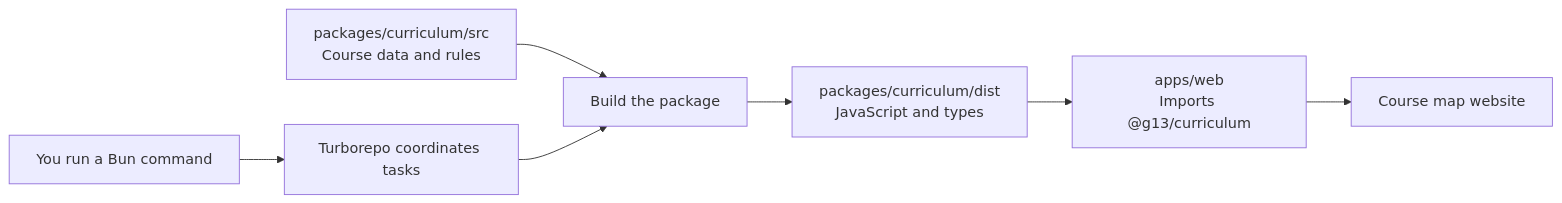
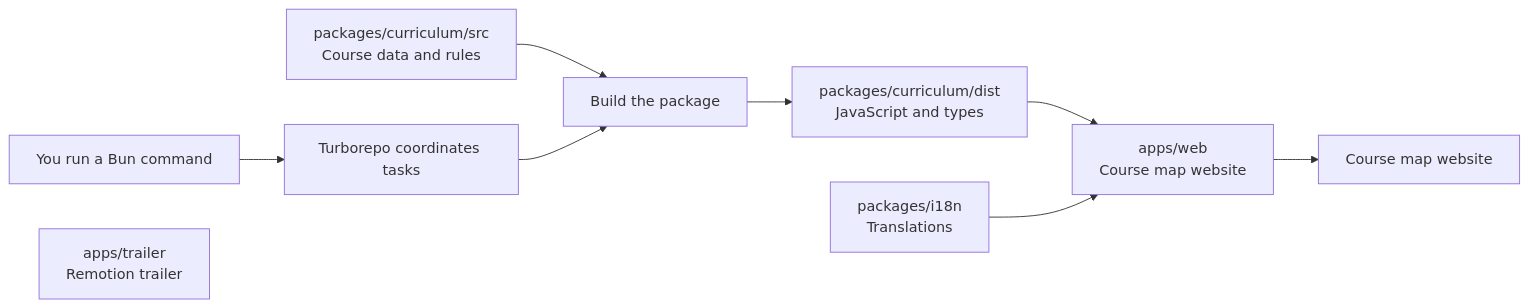
The diagram in README.md (Andhiki/g-13), drawn with Mermaid before and after one commit. The commit also changed other lines of this file and 3 other files, not shown here.

Commit message:
Improve archive navigation and roadmap recovery

````diff
--- a/README.md
+++ b/README.md
@@ -57,9 +57,11 @@
 ```mermaid
 flowchart LR
     command["You run a Bun command"] --> turbo["Turborepo coordinates tasks"]
     source["packages/curriculum/src<br/>Course data and rules"] --> build["Build the package"]
     turbo --> build
     build --> dist["packages/curriculum/dist<br/>JavaScript and types"]
-    dist --> app["apps/web<br/>Imports @g13/curriculum"]
+    dist --> app["apps/web<br/>Course map website"]
+    translations["packages/i18n<br/>Translations"] --> app
+    trailer["apps/trailer<br/>Remotion trailer"]
     app --> site["Course map website"]
 ```
````
